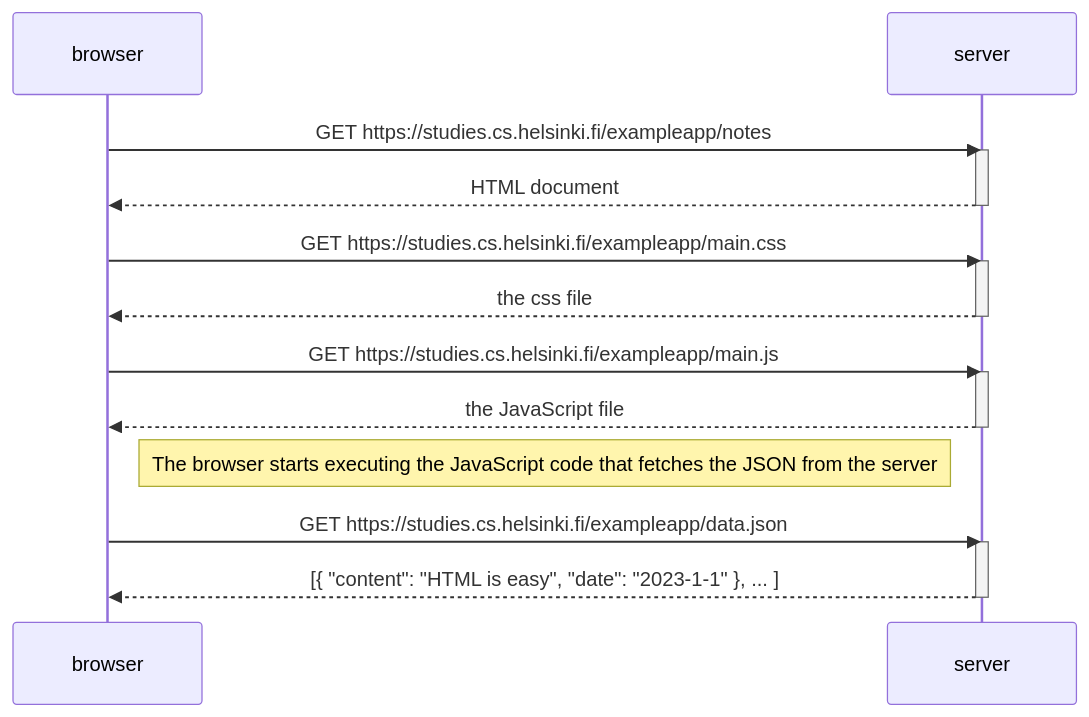
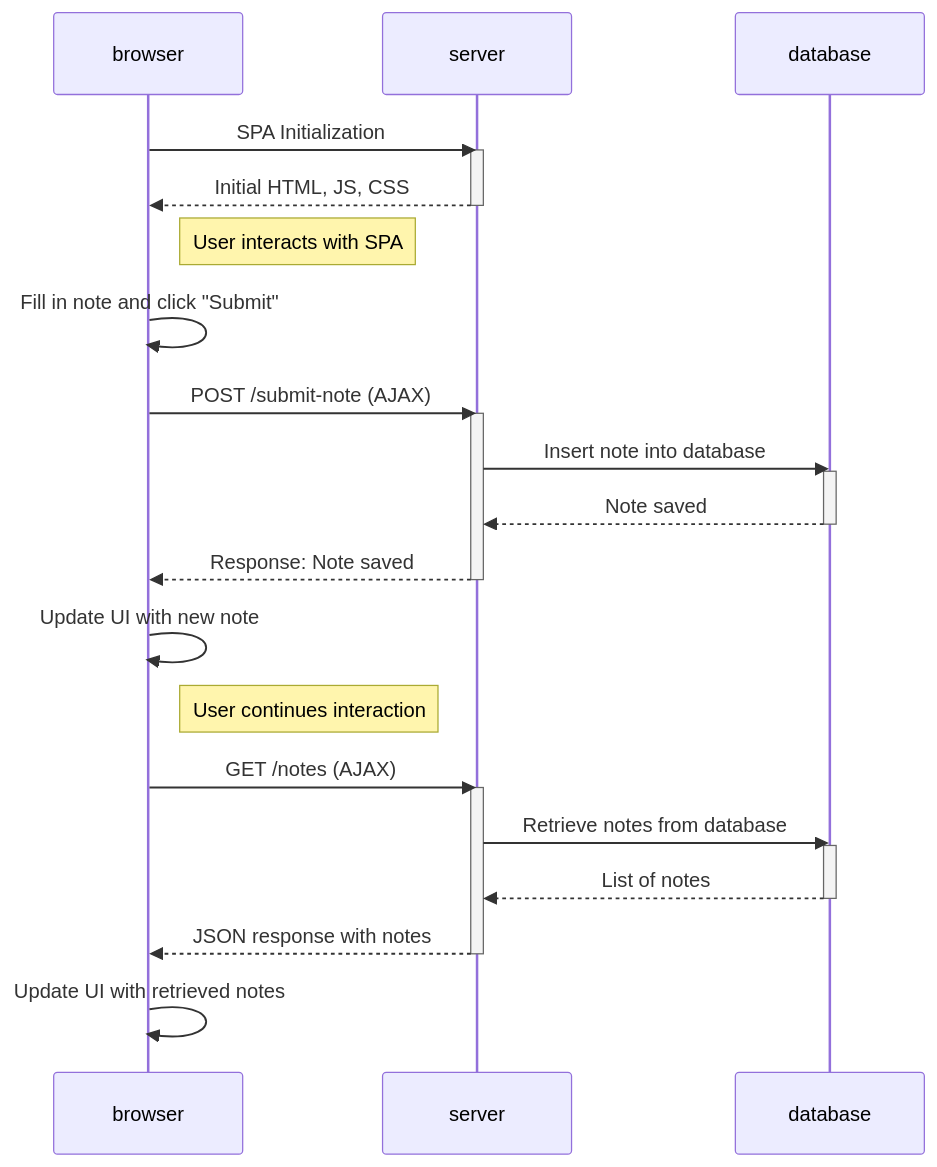
One commit to Mikko-Kajander/MOOC-Full-stack-open changed the diagram in part0/0.5/README0.md. Above: the diagram before and after it, drawn with Mermaid.

Commit message:
part0: try trigger part 0.5 correctly

````diff
--- a/part0/0.5/README0.md
+++ b/part0/0.5/README0.md
@@ -1,27 +1,39 @@
 ```mermaid
 sequenceDiagram
     participant browser
     participant server
+    participant database
 
-    browser->>server: GET https://studies.cs.helsinki.fi/exampleapp/notes;
-    activate server;
-    server-->>browser: HTML document;
-    deactivate server;
+    browser->>server: SPA Initialization
+    activate server
+    server-->>browser: Initial HTML, JS, CSS
+    deactivate server
 
-    browser->>server: GET https://studies.cs.helsinki.fi/exampleapp/main.css;
-    activate server;
-    server-->>browser: the css file;
-    deactivate server;
+    Note right of browser: User interacts with SPA
+    browser->>browser: Fill in note and click "Submit"
 
-    browser->>server: GET https://studies.cs.helsinki.fi/exampleapp/main.js;
-    activate server;
-    server-->>browser: the JavaScript file;
-    deactivate server;
+    browser->>server: POST /submit-note (AJAX)
+    activate server
+    server->>database: Insert note into database
+    activate database
+    database-->>server: Note saved
+    deactivate database
+    server-->>browser: Response: Note saved
+    deactivate server
 
-    Note right of browser: The browser starts executing the JavaScript code that fetches the JSON from the server
+    browser->>browser: Update UI with new note
 
-    browser->>server: GET https://studies.cs.helsinki.fi/exampleapp/data.json;
-    activate server;
-    server-->>browser: [{ "content": "HTML is easy", "date": "2023-1-1" }, ... ];
-    deactivate server;
+    Note right of browser: User continues interaction
+
+    browser->>server: GET /notes (AJAX)
+    activate server
+    server->>database: Retrieve notes from database
+    activate database
+    database-->>server: List of notes
+    deactivate database
+    server-->>browser: JSON response with notes
+    deactivate server
+
+    browser->>browser: Update UI with retrieved notes
+
 ```
````
